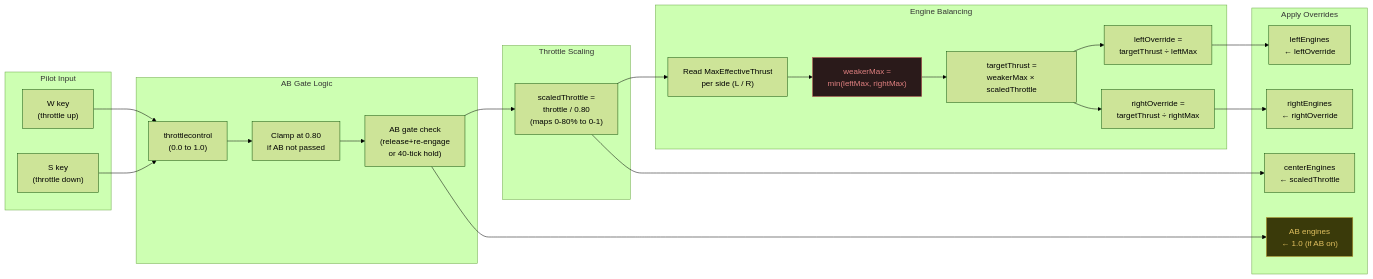
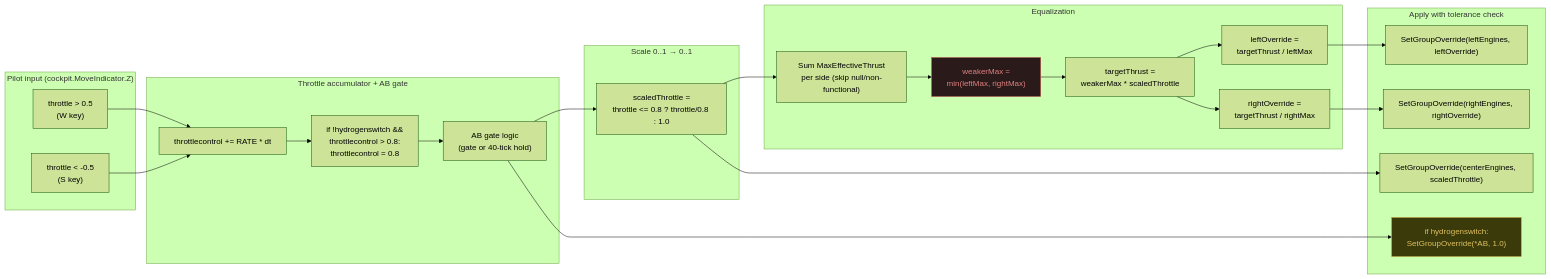
One commit to Terilia/JetOS changed the fourth of 4 diagrams in docs/propulsion.md. Above: the diagram before and after it, drawn with Mermaid (forest theme). The commit also changed other lines of this file and 23 other files, not shown here.

````diff
--- a/docs/propulsion.md
+++ b/docs/propulsion.md
@@ -121,44 +123,45 @@
 ```mermaid
 flowchart LR
-    subgraph input ["Pilot Input"]
-        W["W key\n(throttle up)"]
-        S["S key\n(throttle down)"]
+    subgraph input ["Pilot input (cockpit.MoveIndicator.Z)"]
+        W["throttle &gt; 0.5<br/>(W key)"]
+        S["throttle &lt; -0.5<br/>(S key)"]
     end
 
-    subgraph gate ["AB Gate Logic"]
-        TC["throttlecontrol\n(0.0 to 1.0)"]
-        CLAMP["Clamp at 0.80\nif AB not passed"]
-        AB_CHECK["AB gate check\n(release+re-engage\nor 40-tick hold)"]
+    subgraph gate ["Throttle accumulator + AB gate"]
+        TC["throttlecontrol += RATE * dt"]
+        CLAMP["if !hydrogenswitch &amp;&amp;<br/>throttlecontrol &gt; 0.8:<br/>throttlecontrol = 0.8"]
+        ABCHK["AB gate logic<br/>(gate or 40-tick hold)"]
     end
 
-    subgraph scale ["Throttle Scaling"]
-        SCALE["scaledThrottle =\nthrottle / 0.80\n(maps 0-80% to 0-1)"]
+    subgraph scale ["Scale 0..1 → 0..1"]
+        SCALE["scaledThrottle =<br/>throttle &lt;= 0.8 ? throttle/0.8 : 1.0"]
     end
 
-    subgraph balance ["Engine Balancing"]
-        READ["Read MaxEffectiveThrust\nper side (L / R)"]
-        WEAKER["weakerMax =\nmin(leftMax, rightMax)"]
-        TARGET["targetThrust =\nweakerMax × scaledThrottle"]
-        OVERRIDE_L["leftOverride =\ntargetThrust ÷ leftMax"]
-        OVERRIDE_R["rightOverride =\ntargetThrust ÷ rightMax"]
+    subgraph eq ["Equalization"]
+        READ["Sum MaxEffectiveThrust<br/>per side (skip null/non-functional)"]
+        WK["weakerMax =<br/>min(leftMax, rightMax)"]
+        TGT["targetThrust =<br/>weakerMax * scaledThrottle"]
+        OVL["leftOverride =<br/>targetThrust / leftMax"]
+        OVR["rightOverride =<br/>targetThrust / rightMax"]
     end
 
-    subgraph apply ["Apply Overrides"]
-        SET_L["leftEngines\n← leftOverride"]
-        SET_R["rightEngines\n← rightOverride"]
-        SET_C["centerEngines\n← scaledThrottle"]
-        SET_AB["AB engines\n← 1.0 (if AB on)"]
+    subgraph apply ["Apply with tolerance check"]
+        SETL["SetGroupOverride(leftEngines, leftOverride)"]
+        SETR["SetGroupOverride(rightEngines, rightOverride)"]
+        SETC["SetGroupOverride(centerEngines, scaledThrottle)"]
+        SETAB["if hydrogenswitch:<br/>SetGroupOverride(*AB, 1.0)"]
     end
 
     W --> TC
     S --> TC
-    TC --> CLAMP --> AB_CHECK --> SCALE
-    SCALE --> READ --> WEAKER --> TARGET
-    TARGET --> OVERRIDE_L --> SET_L
-    TARGET --> OVERRIDE_R --> SET_R
-    SCALE --> SET_C
-    AB_CHECK --> SET_AB
+    TC --> CLAMP --> ABCHK --> SCALE
+    SCALE --> READ --> WK --> TGT --> OVL
+    TGT --> OVR
+    OVL --> SETL
+    OVR --> SETR
+    SCALE --> SETC
+    ABCHK --> SETAB
 
-    style WEAKER fill:#2a1a1a,stroke:#c05050,color:#e08080
-    style SET_AB fill:#3a3a0a,stroke:#c0a030,color:#e0c060
+    style WK fill:#2a1a1a,stroke:#c05050,color:#e08080
+    style SETAB fill:#3a3a0a,stroke:#c0a030,color:#e0c060
 ```
````
